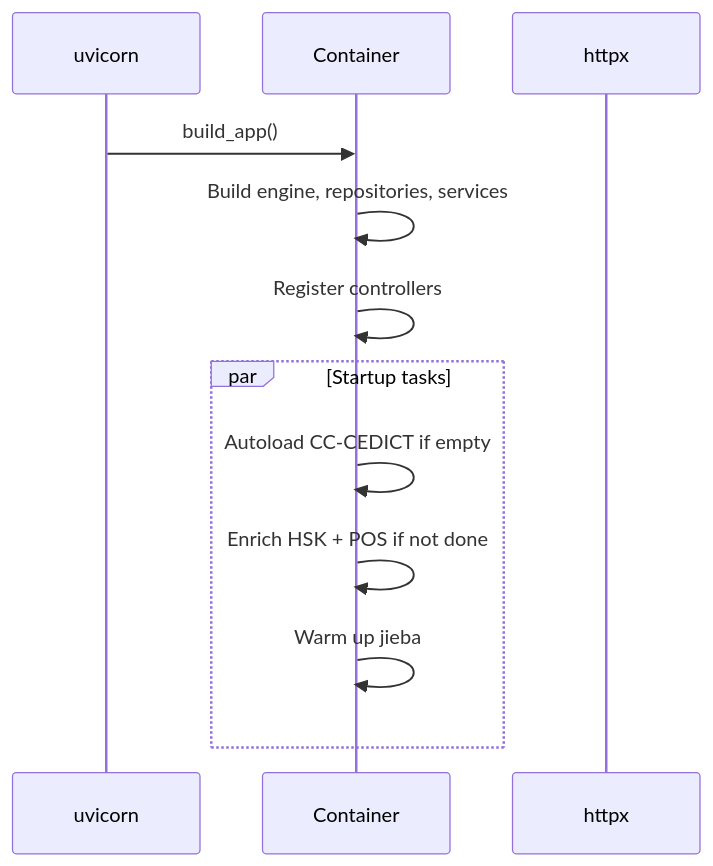
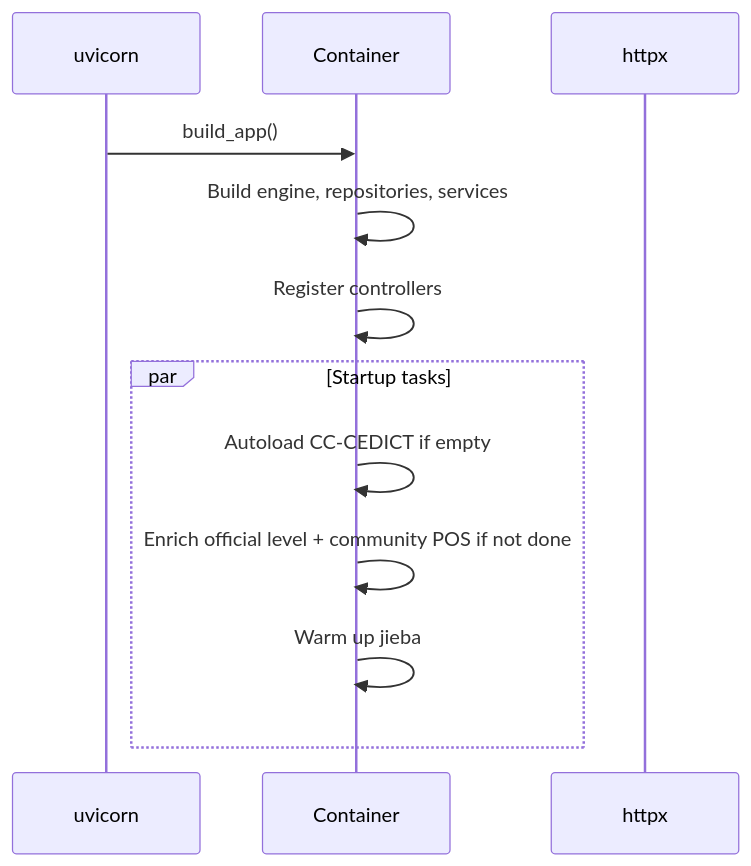
One commit to luiznaac/shougong changed the second of 5 diagrams in docs/02-architecture.md. Above: the diagram before and after it, drawn with Mermaid. The commit also changed other lines of this file and 29 other files, not shown here.

Commit message:
Source the HSK vocabulary level from the official HSK 3.0 list

````diff
--- a/docs/02-architecture.md
+++ b/docs/02-architecture.md
@@ -62,14 +62,14 @@
 ```mermaid
 sequenceDiagram
     participant U as uvicorn
     participant C as Container
     participant HTTP as httpx
     U->>C: build_app()
     C->>C: Build engine, repositories, services
     C->>C: Register controllers
     par Startup tasks
         C->>C: Autoload CC-CEDICT if empty
-        C->>C: Enrich HSK + POS if not done
+        C->>C: Enrich official level + community POS if not done
         C->>C: Warm up jieba
     end
 ```
````
